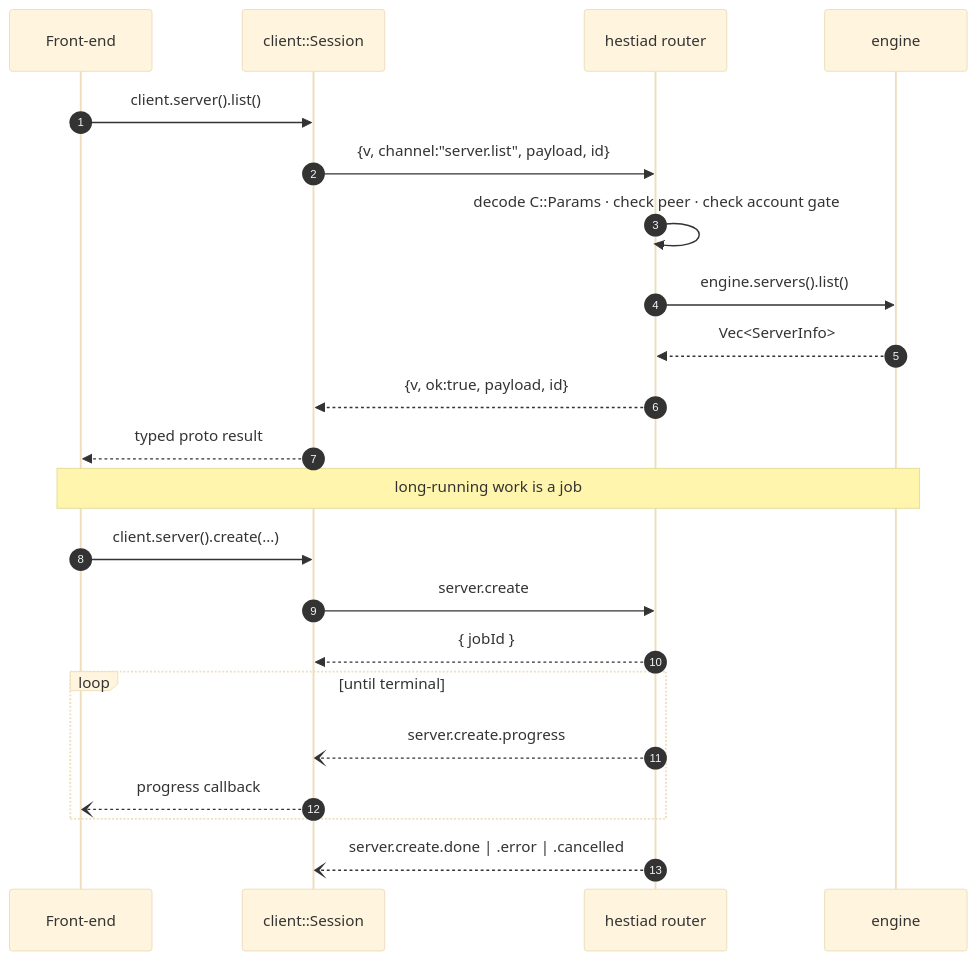
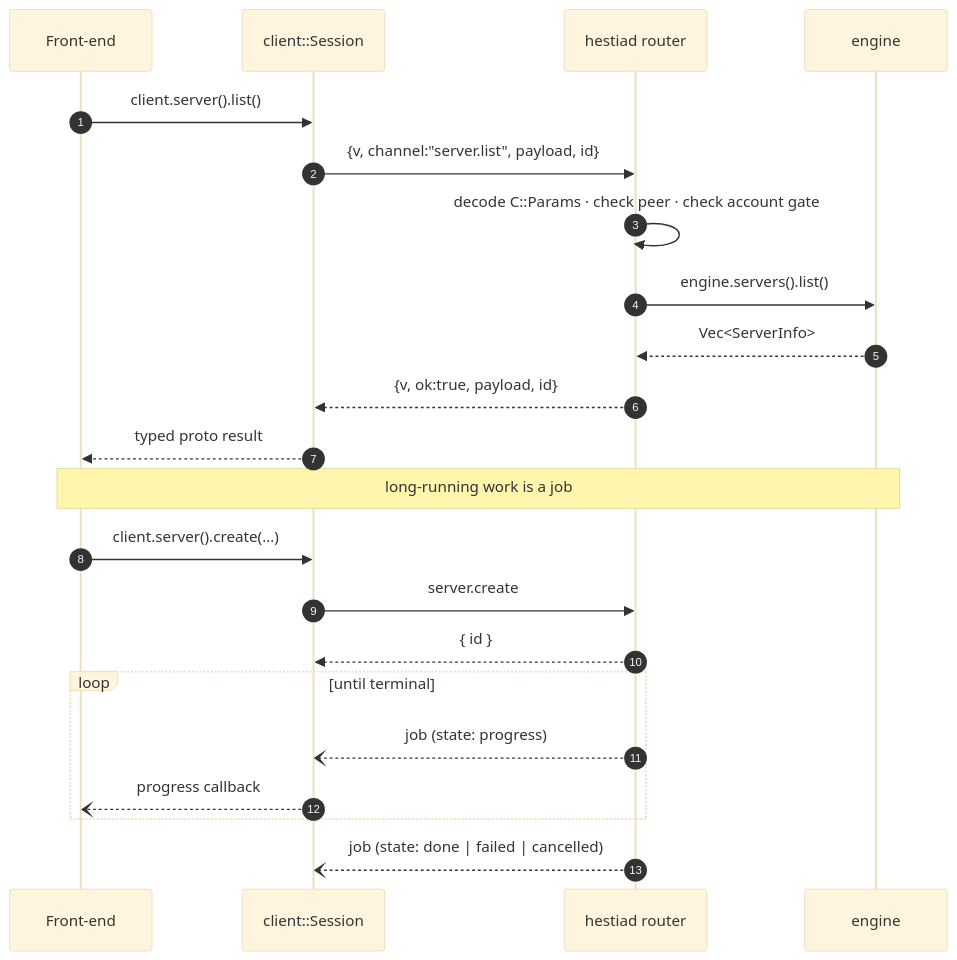
One commit to prytaneum/hestia changed the third of 3 diagrams in docs/architecture.md. Above: the diagram before and after it, drawn with Mermaid (base theme). The commit also changed 152 other files, not shown here.

````diff
--- a/docs/architecture.md
+++ b/docs/architecture.md
@@ -114,27 +114,27 @@
 ```mermaid
 sequenceDiagram
     autonumber
     participant F as Front-end
     participant S as client::Session
     participant D as hestiad router
     participant E as engine
 
     F->>S: client.server().list()
     S->>D: {v, channel:"server.list", payload, id}
     D->>D: decode C::Params · check peer · check account gate
     D->>E: engine.servers().list()
     E-->>D: Vec<ServerInfo>
     D-->>S: {v, ok:true, payload, id}
     S-->>F: typed proto result
 
     Note over F,E: long-running work is a job
 
     F->>S: client.server().create(…)
     S->>D: server.create
-    D-->>S: { jobId }
+    D-->>S: { id }
     loop until terminal
-        D--)S: server.create.progress
+        D--)S: job (state: progress)
         S--)F: progress callback
     end
-    D--)S: server.create.done | .error | .cancelled
+    D--)S: job (state: done | failed | cancelled)
 ```
````
